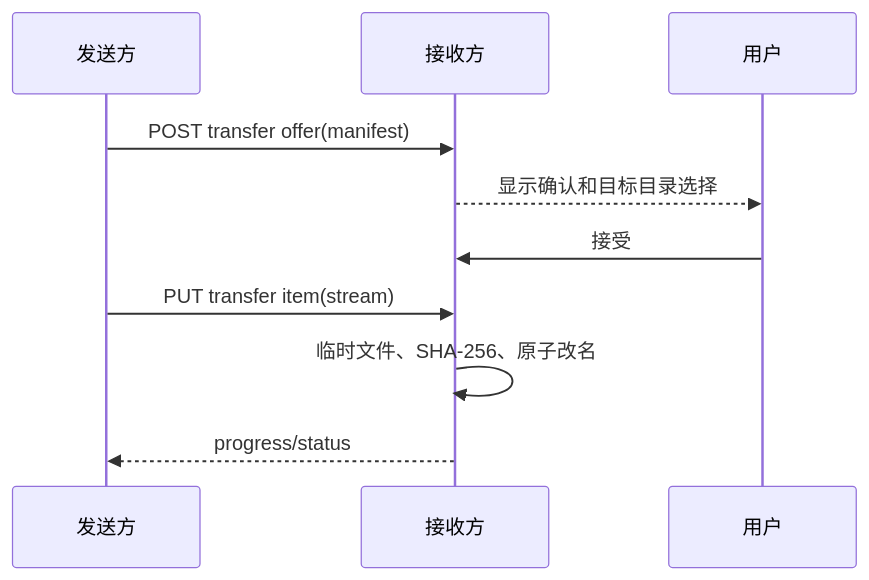
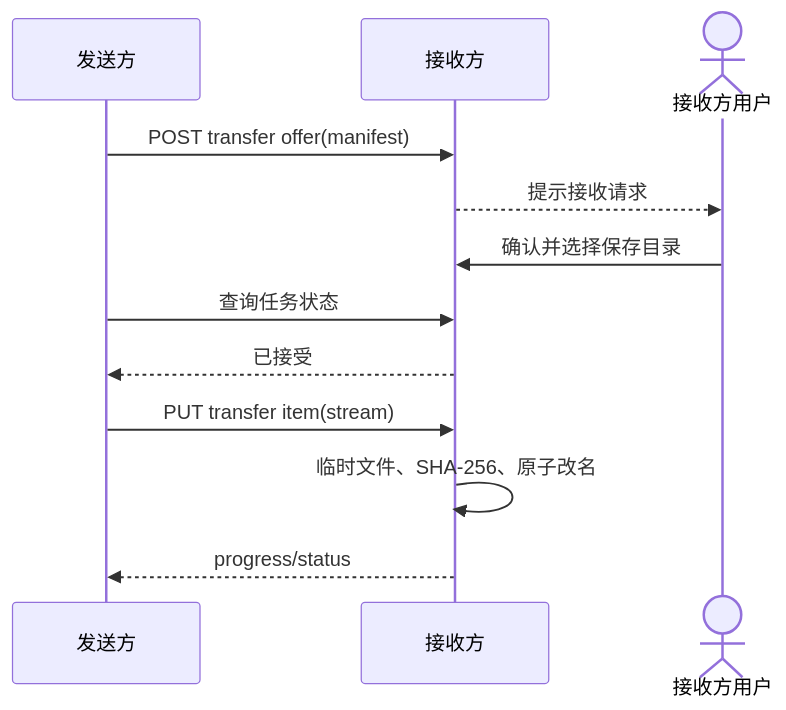
Before and after one commit to yangjinming1062/MeshShare: the fourth of 4 diagrams in docs/ARCHITECTURE_MAP.md, drawn with Mermaid. The commit also changed other lines of this file and 7 other files, not shown here.

````diff
--- a/docs/ARCHITECTURE_MAP.md
+++ b/docs/ARCHITECTURE_MAP.md
@@ -48,11 +51,14 @@
 ```mermaid
 sequenceDiagram
   participant S as 发送方
   participant R as 接收方
+  actor U as 接收方用户
   S->>R: POST transfer offer(manifest)
-  R-->>用户: 显示确认和目标目录选择
-  用户->>R: 接受
+  R-->>U: 提示接收请求
+  U->>R: 确认并选择保存目录
+  S->>R: 查询任务状态
+  R-->>S: 已接受
   S->>R: PUT transfer item(stream)
   R->>R: 临时文件、SHA-256、原子改名
   R-->>S: progress/status
 ```
````
